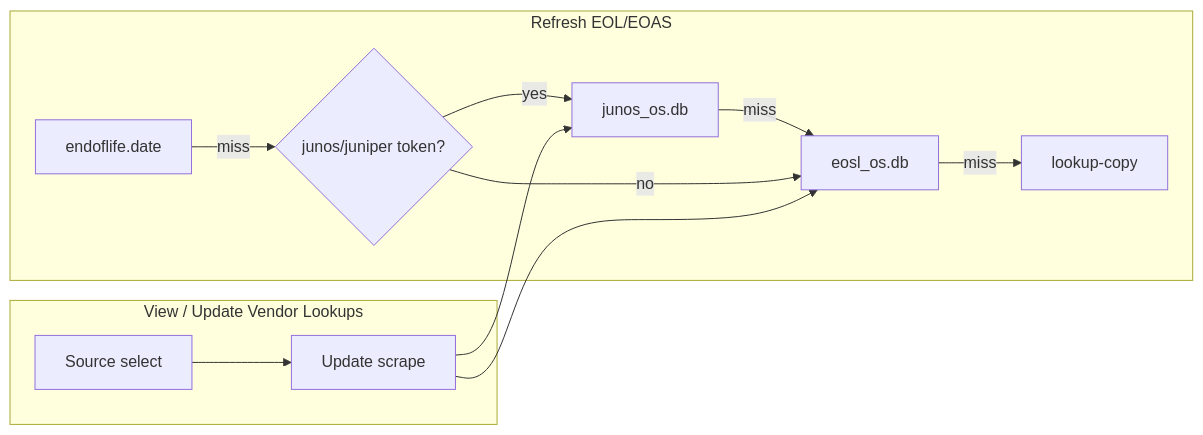
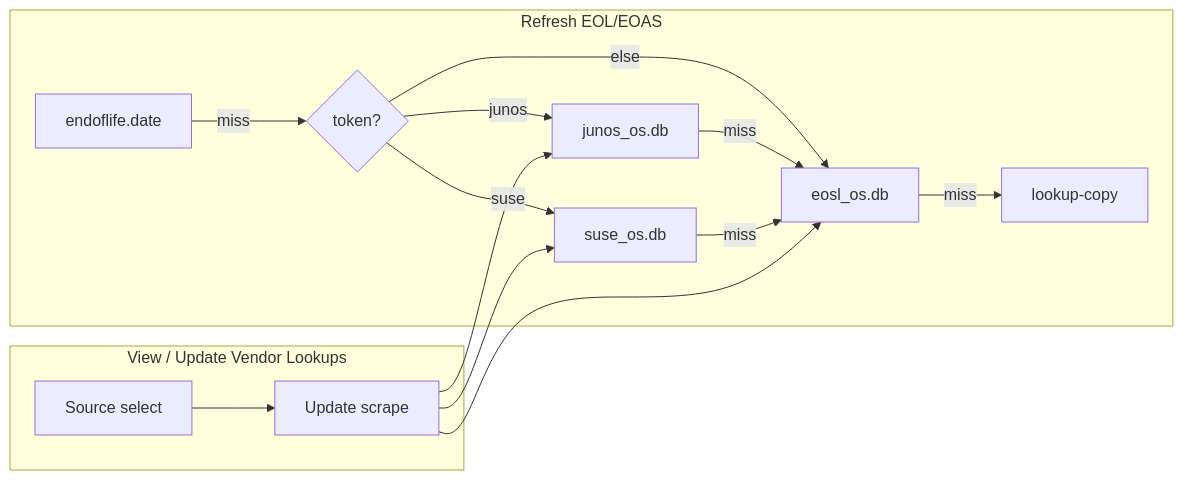
The fifth of 7 diagrams in README.md (jibinge0rge/OS-Health-Check), drawn with Mermaid before and after one commit. The commit also changed other lines of this file and 7 other files, not shown here.

````diff
--- a/README.md
+++ b/README.md
@@ -289,16 +296,19 @@
 ```mermaid
 flowchart LR
   subgraph refresh [Refresh EOL/EOAS]
-    A[endoflife.date] -->|miss| B{junos/juniper token?}
-    B -->|yes| C[junos_os.db]
-    C -->|miss| D[eosl_os.db]
-    B -->|no| D
+    A[endoflife.date] -->|miss| B{token?}
+    B -->|junos| C[junos_os.db]
+    B -->|suse| S[suse_os.db]
+    B -->|else| D[eosl_os.db]
+    C -->|miss| D
+    S -->|miss| D
     D -->|miss| E[lookup-copy]
   end
 
   subgraph viewer [View / Update Vendor Lookups]
     V[Source select] --> U[Update scrape]
     U --> C
+    U --> S
     U --> D
   end
 ```
````
